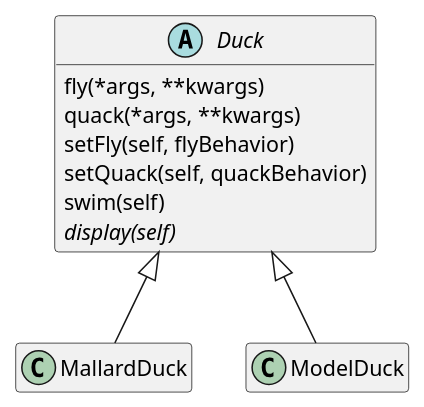
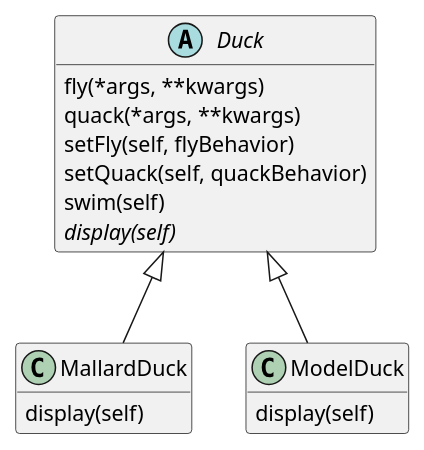
The diagram in 01_StrategyPattern/StrategyPattern.puml (gama79530/DesignPattern), drawn with PlantUML before and after one commit.

Commit message:
update Strategy Pattern

```diff
--- a/01_StrategyPattern/StrategyPattern.puml
+++ b/01_StrategyPattern/StrategyPattern.puml
@@ -1,17 +1,25 @@
 @startuml
 
 hide empty members
 
 abstract class Duck{
     fly(*args, **kwargs)
     quack(*args, **kwargs)
     setFly(self, flyBehavior)
     setQuack(self, quackBehavior)
     swim(self)
     {abstract} display(self)
 }
 
+class MallardDuck{
+    display(self)
+}
+
+class ModelDuck{
+    display(self)
+}
+
 Duck <|-- MallardDuck
 Duck <|-- ModelDuck
 
 @enduml
```
